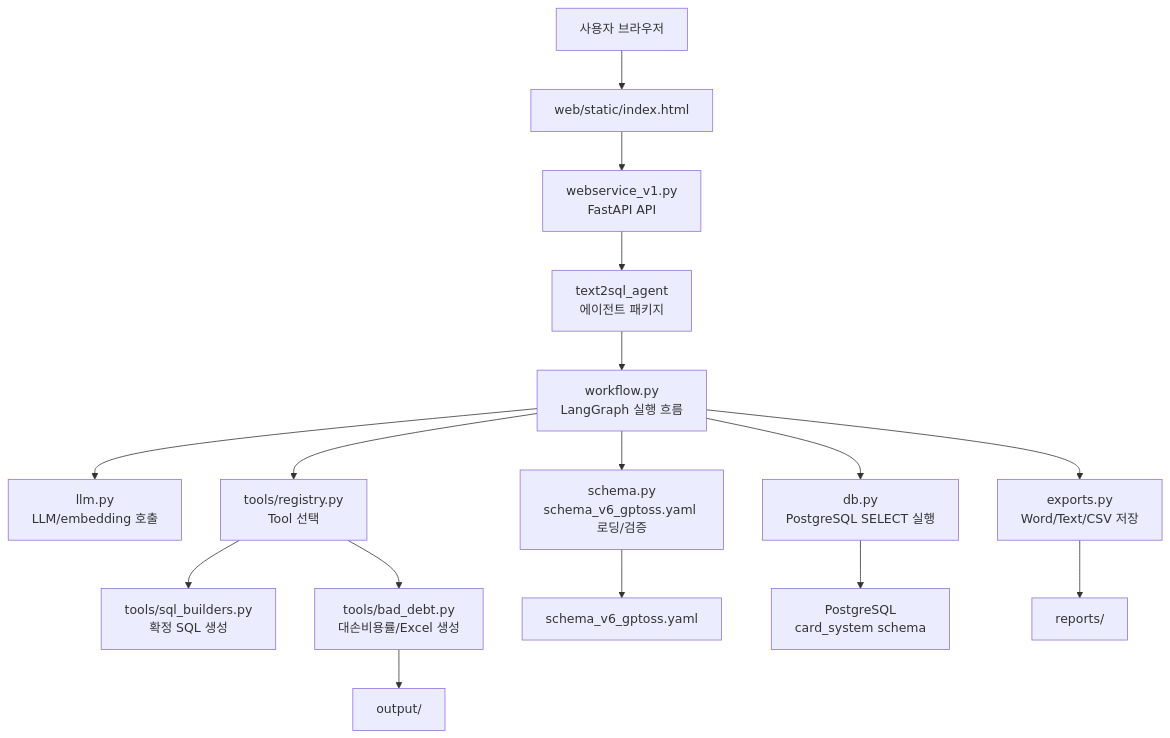
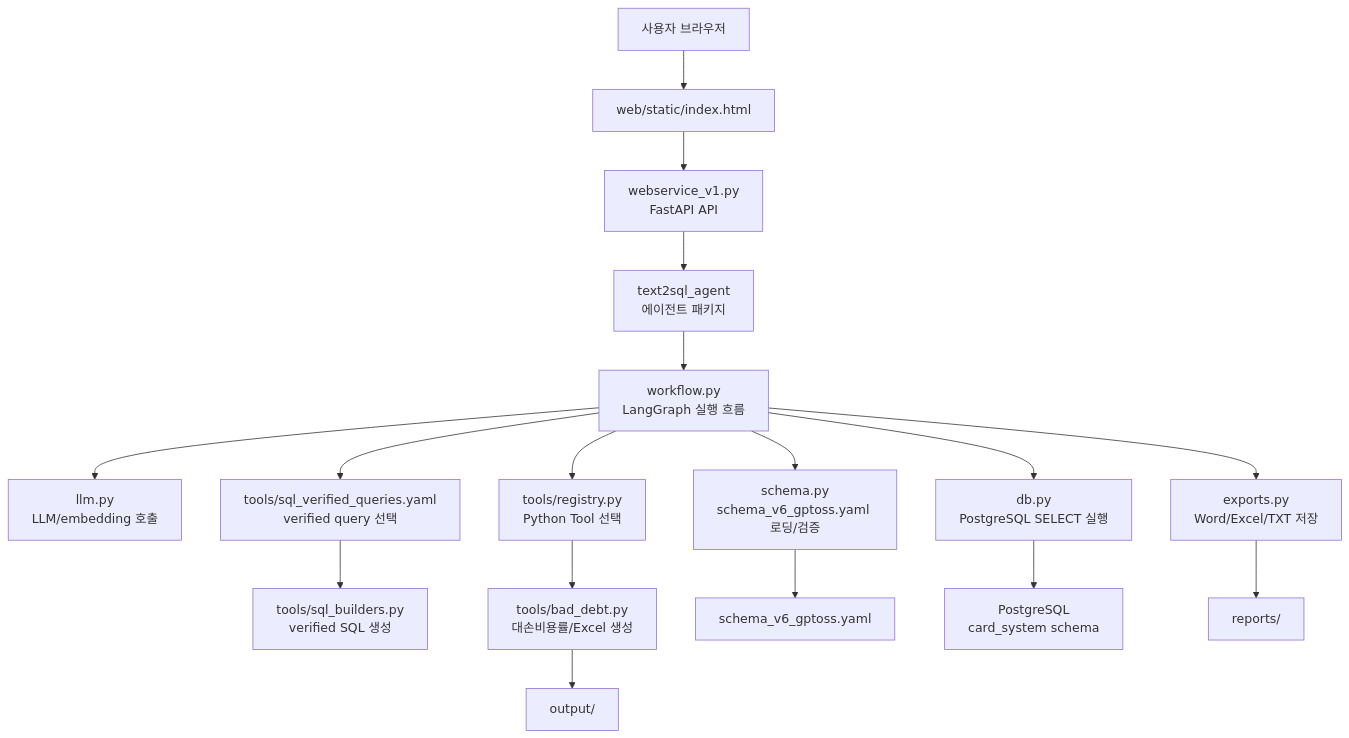
The diagram in README.md (sminsu/corporate_sales), drawn with Mermaid before and after one commit. The commit also changed other lines of this file and 40 other files, not shown here.

````diff
--- a/README.md
+++ b/README.md
@@ -13,20 +13,21 @@
 ```mermaid
 flowchart TD
     U["사용자 브라우저"] --> UI["web/static/index.html"]
     UI --> API["webservice_v1.py<br/>FastAPI API"]
     API --> AGENT["text2sql_agent<br/>에이전트 패키지"]
     AGENT --> WF["workflow.py<br/>LangGraph 실행 흐름"]
 
     WF --> LLM["llm.py<br/>LLM/embedding 호출"]
     WF --> SCHEMA["schema.py<br/>schema_v6_gptoss.yaml 로딩/검증"]
-    WF --> TOOLS["tools/registry.py<br/>Tool 선택"]
-    TOOLS --> SQLB["tools/sql_builders.py<br/>확정 SQL 생성"]
+    WF --> TOOLS["tools/registry.py<br/>Python Tool 선택"]
+    WF --> VQ["tools/sql_verified_queries.yaml<br/>verified query 선택"]
+    VQ --> SQLB["tools/sql_builders.py<br/>verified SQL 생성"]
     TOOLS --> BAD["tools/bad_debt.py<br/>대손비용률/Excel 생성"]
     WF --> DB["db.py<br/>PostgreSQL SELECT 실행"]
-    WF --> EXPORT["exports.py<br/>Word/Text/CSV 저장"]
+    WF --> EXPORT["exports.py<br/>Word/Excel/TXT 저장"]
 
     SCHEMA --> YAML["schema_v6_gptoss.yaml"]
     DB --> PG["PostgreSQL<br/>card_system schema"]
     BAD --> OUT["output/"]
     EXPORT --> REPORTS["reports/"]
 ```
````
